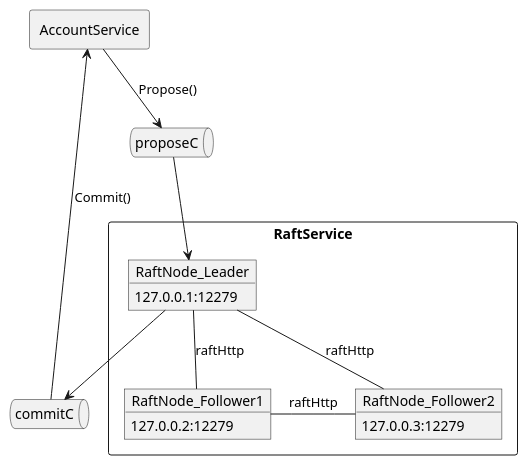
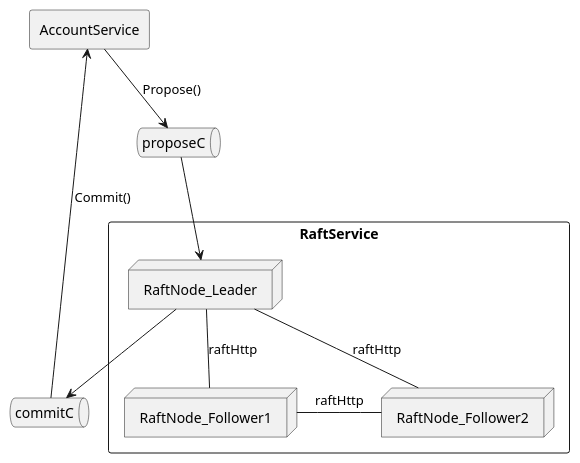
One commit to nminhquan/account-system changed the ninth of 15 diagrams in README.md. Above: the diagram before and after it, drawn with PlantUML. The commit also changed other lines of this file, not shown here.

````diff
--- a/README.md
+++ b/README.md
@@ -296,32 +299,25 @@
 ```plantuml
 @startuml
-allowmixing
 rectangle AccountService {
 
 }
 rectangle RaftService {
-	object RaftNode_Leader {
-		127.0.0.1:12279
-	}
+	node RaftNode_Leader 
 
-	object RaftNode_Follower1 {
-		127.0.0.2:12279
-	}
+	node RaftNode_Follower1
 
-	object RaftNode_Follower2 {
-		127.0.0.3:12279
-	}
+	node RaftNode_Follower2
 }
 
 queue proposeC
 queue commitC
 AccountService --> proposeC: Propose()
 AccountService <- commitC: Commit()
 proposeC --> RaftNode_Leader
 RaftNode_Leader --> commitC
 RaftNode_Leader -- RaftNode_Follower1: raftHttp
 RaftNode_Leader -- RaftNode_Follower2: raftHttp
 RaftNode_Follower1 - RaftNode_Follower2: raftHttp
 
 @enduml
 ```
````
